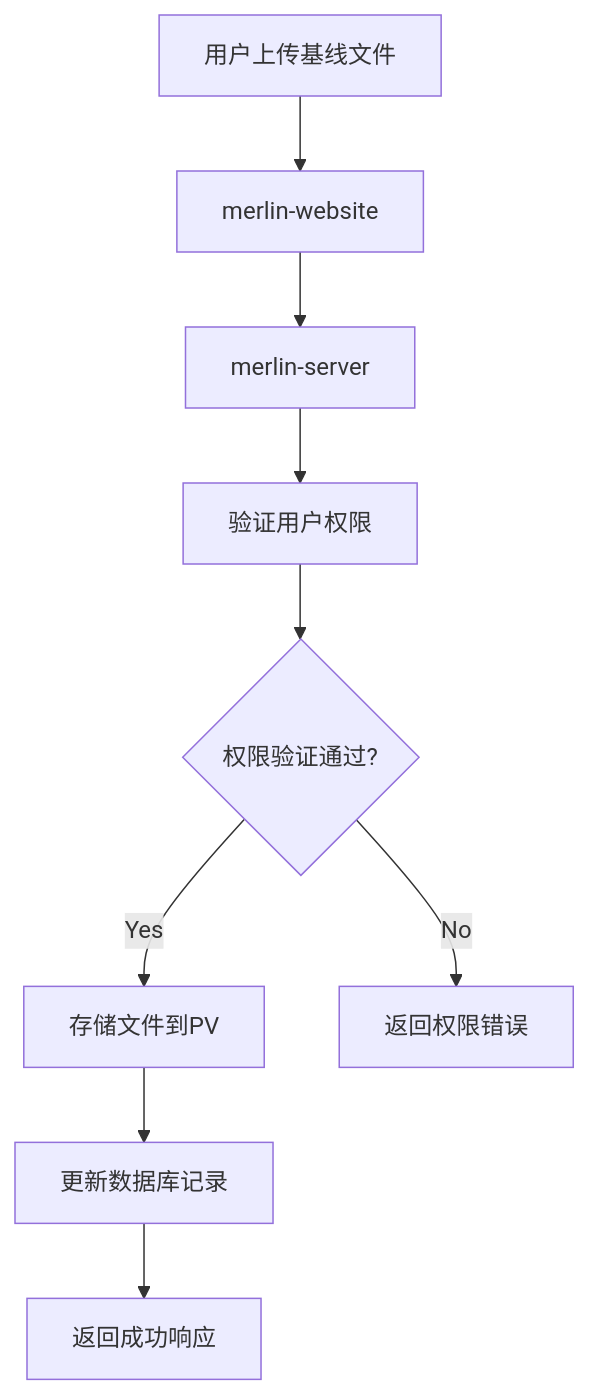
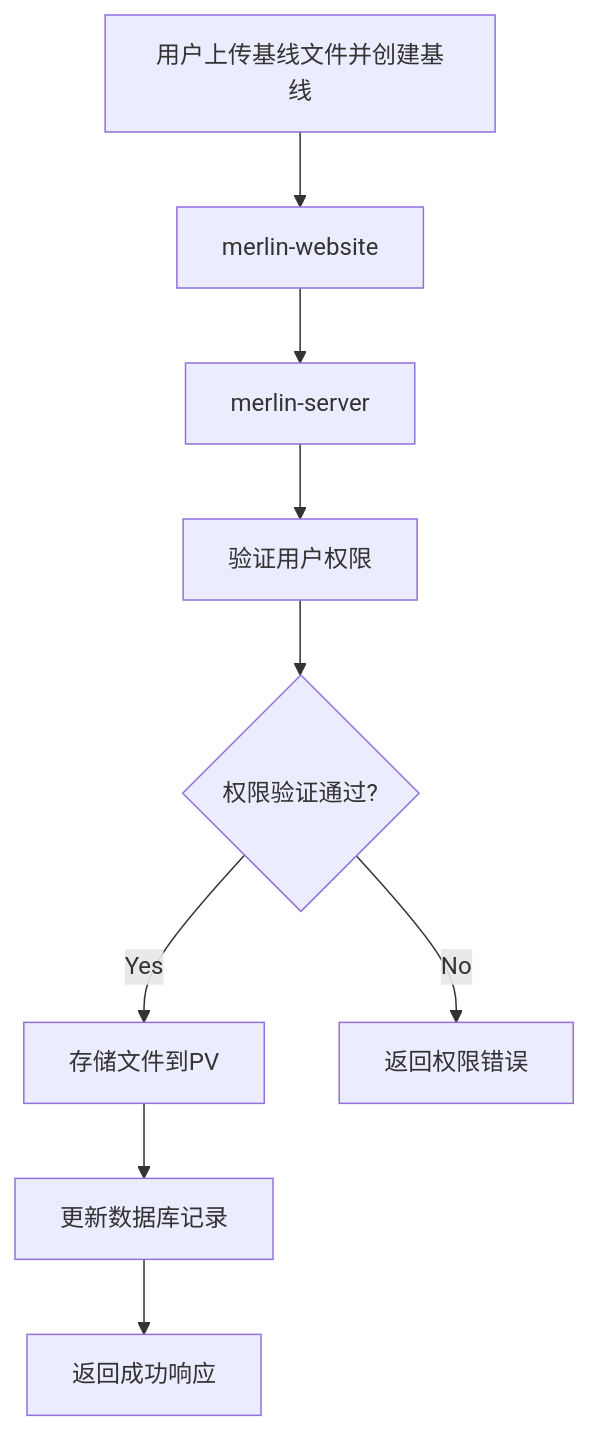
One commit to pillumina/design-proposal changed the second of 12 diagrams in 模型精度性能测试自动化.md. Above: the diagram before and after it, drawn with Mermaid. The commit also changed other lines of this file, not shown here.

````diff
--- a/模型精度性能测试自动化.md
+++ b/模型精度性能测试自动化.md
@@ -533,11 +519,11 @@
 ```mermaid
 graph TD;
-    A[用户上传基线文件] --> B[merlin-website]
+    A[用户上传基线文件并创建基线] --> B[merlin-website]
     B --> C[merlin-server]
     C --> D[验证用户权限]
     D --> E{权限验证通过?}
     E -- Yes --> F[存储文件到PV]
     F --> G[更新数据库记录]
     G --> H[返回成功响应]
     E -- No --> I[返回权限错误]
 ```
````
